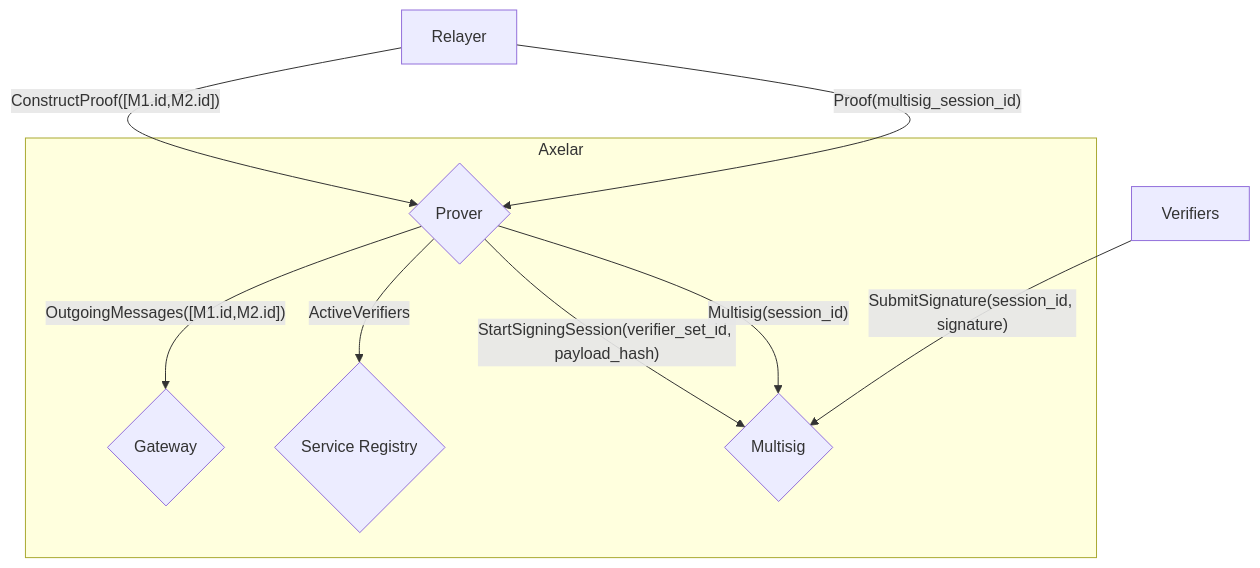
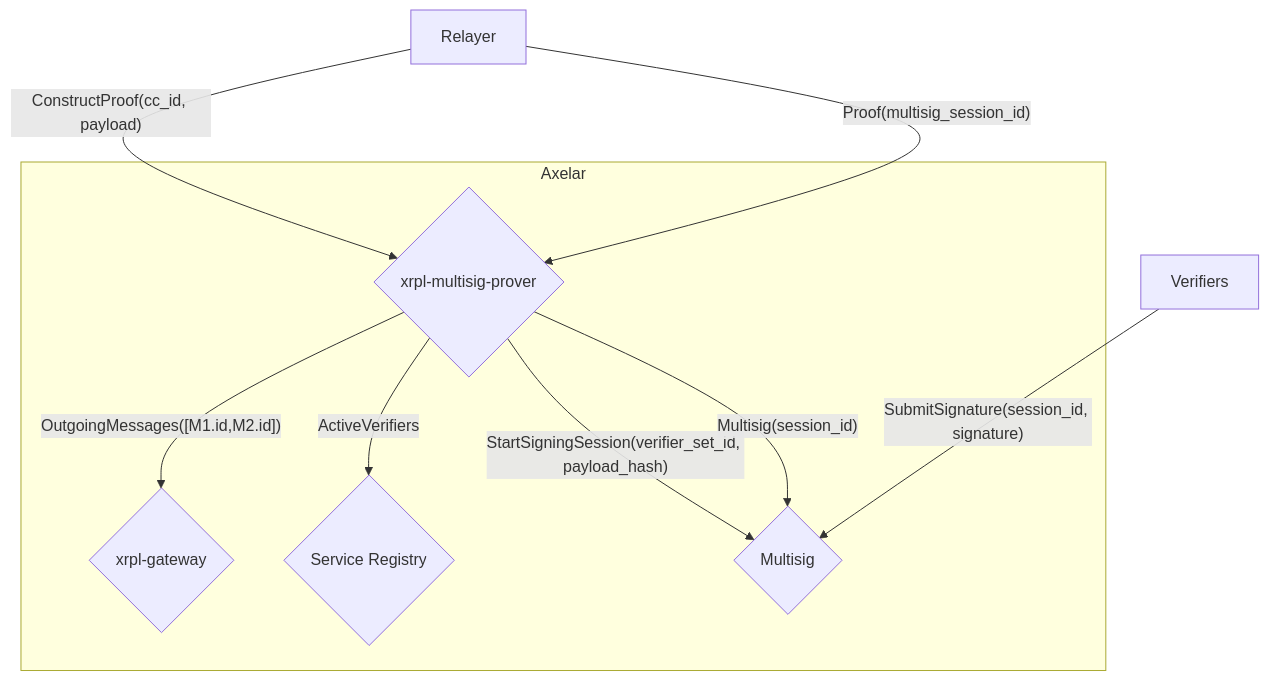
Before and after one commit to axelarnetwork/axelar-amplifier-xrpl: the second of 2 diagrams in doc/src/overview.md, drawn with Mermaid. The commit also changed other lines of this file and 9 other files, not shown here.

````diff
--- a/doc/src/overview.md
+++ b/doc/src/overview.md
@@ -53,17 +33,17 @@
 ```mermaid
 flowchart TD
 subgraph Axelar
-    G2{"Gateway"}
-    P{"Prover"}
+    G2{"xrpl-gateway"}
+    P{"xrpl-multisig-prover"}
     M{"Multisig"}
     S{"Service Registry"}
 end
 
-Relayer --"ConstructProof([M1.id,M2.id])"-->P
+Relayer --"ConstructProof(cc_id, payload)"-->P
 P --"OutgoingMessages([M1.id,M2.id])"-->G2
 P --"ActiveVerifiers"-->S
 P --"StartSigningSession(verifier_set_id, payload_hash)"-->M
 Verifiers --"SubmitSignature(session_id, signature)"-->M
 Relayer --"Proof(multisig_session_id)" --> P
 P --"Multisig(session_id)"-->M
 ```
````
